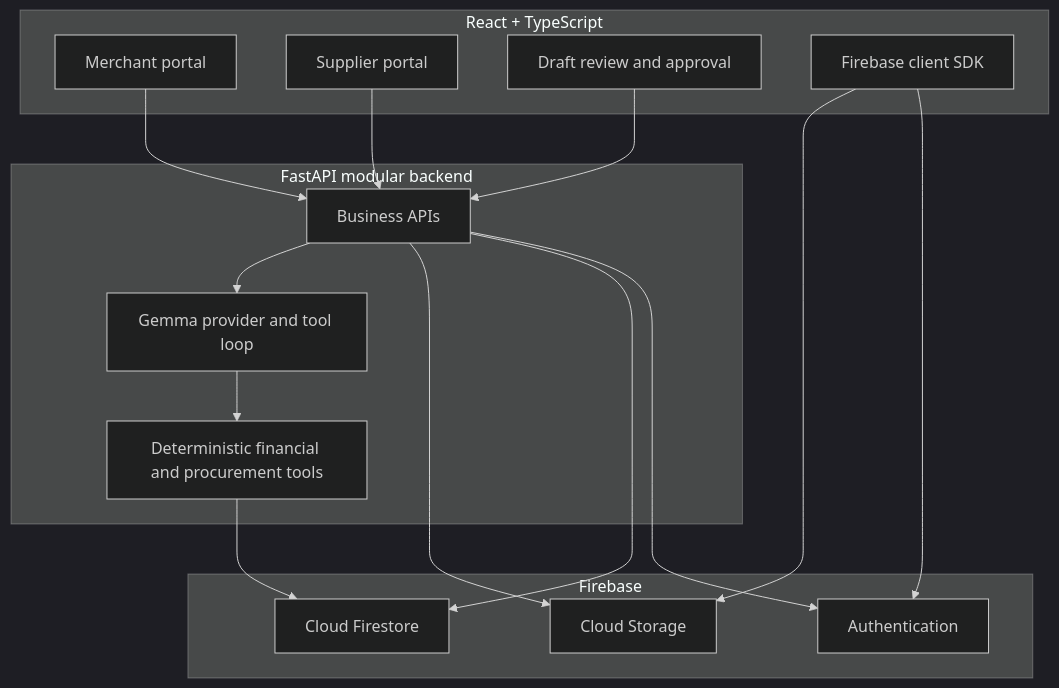
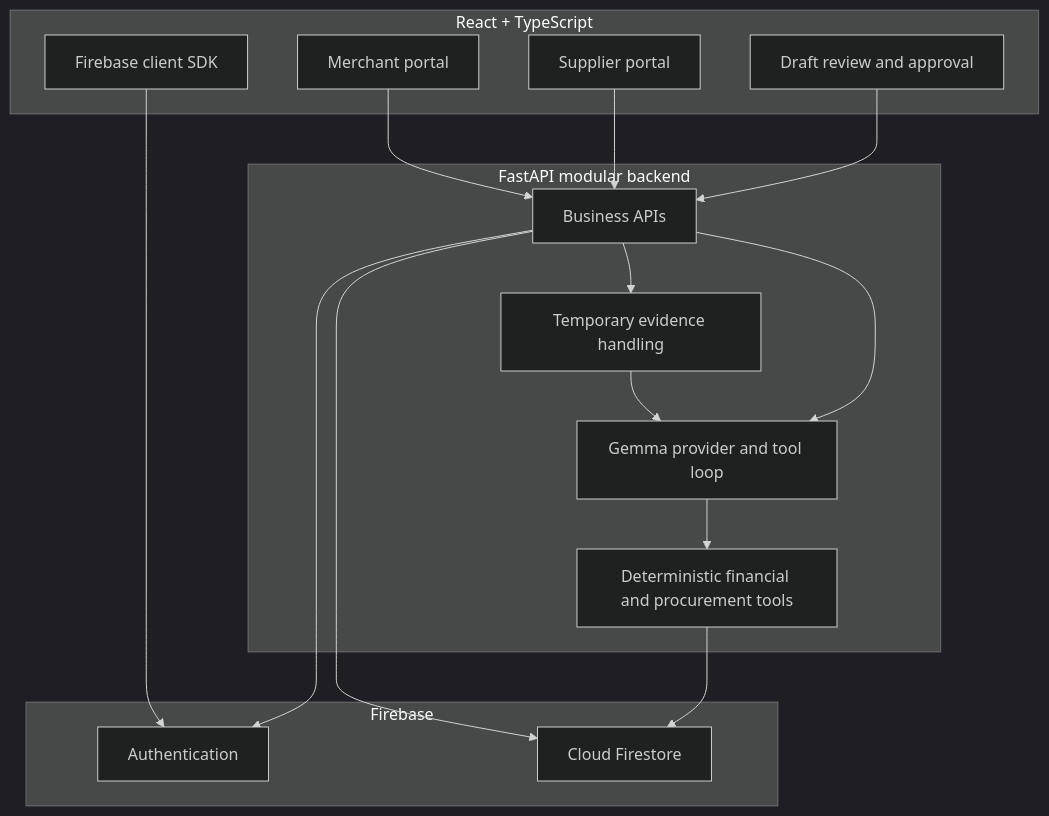
The diagram in docs/architecture.md (Asttr0/GemmaPunks), drawn with Mermaid (dark theme) before and after one commit. The commit also changed other lines of this file and 13 other files, not shown here.

````diff
--- a/docs/architecture.md
+++ b/docs/architecture.md
@@ -8,33 +8,33 @@
 ```mermaid
 flowchart TB
     subgraph Web["React + TypeScript"]
       Merchant["Merchant portal"]
       Supplier["Supplier portal"]
       Review["Draft review and approval"]
       FirebaseClient["Firebase client SDK"]
     end
 
     subgraph API["FastAPI modular backend"]
       Business["Business APIs"]
+      Upload["Temporary evidence handling"]
       Agent["Gemma provider and tool loop"]
       Rules["Deterministic financial and procurement tools"]
     end
 
     subgraph Firebase["Firebase"]
       Auth["Authentication"]
       Firestore["Cloud Firestore"]
-      Storage["Cloud Storage"]
     end
 
     Merchant --> Business
     Supplier --> Business
     Review --> Business
     FirebaseClient --> Auth
-    FirebaseClient --> Storage
     Business --> Auth
     Business --> Firestore
-    Business --> Storage
+    Business --> Upload
+    Upload --> Agent
     Business --> Agent
     Agent --> Rules
     Rules --> Firestore
 ```
````
